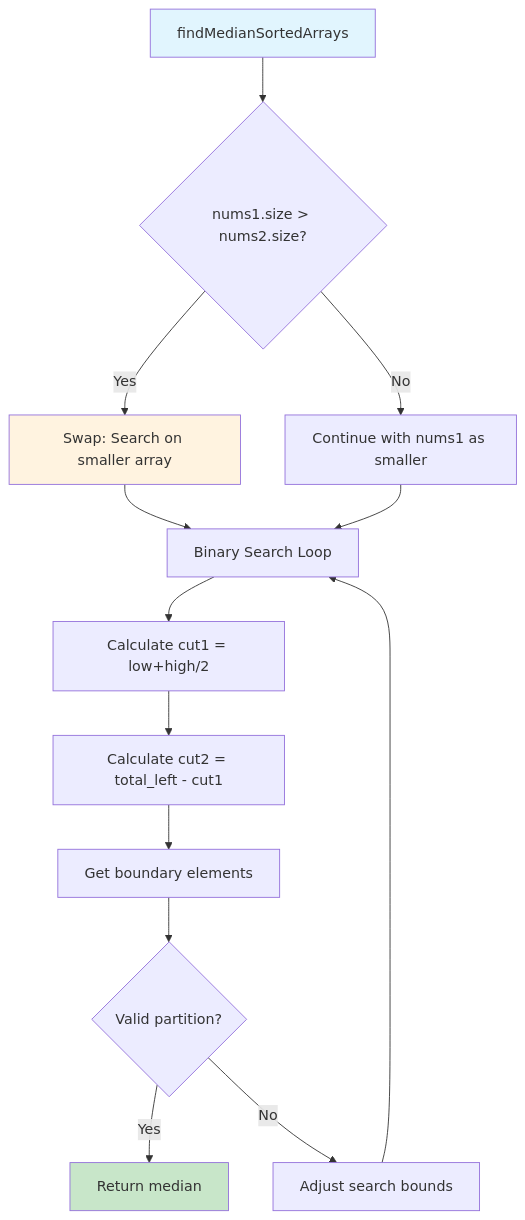
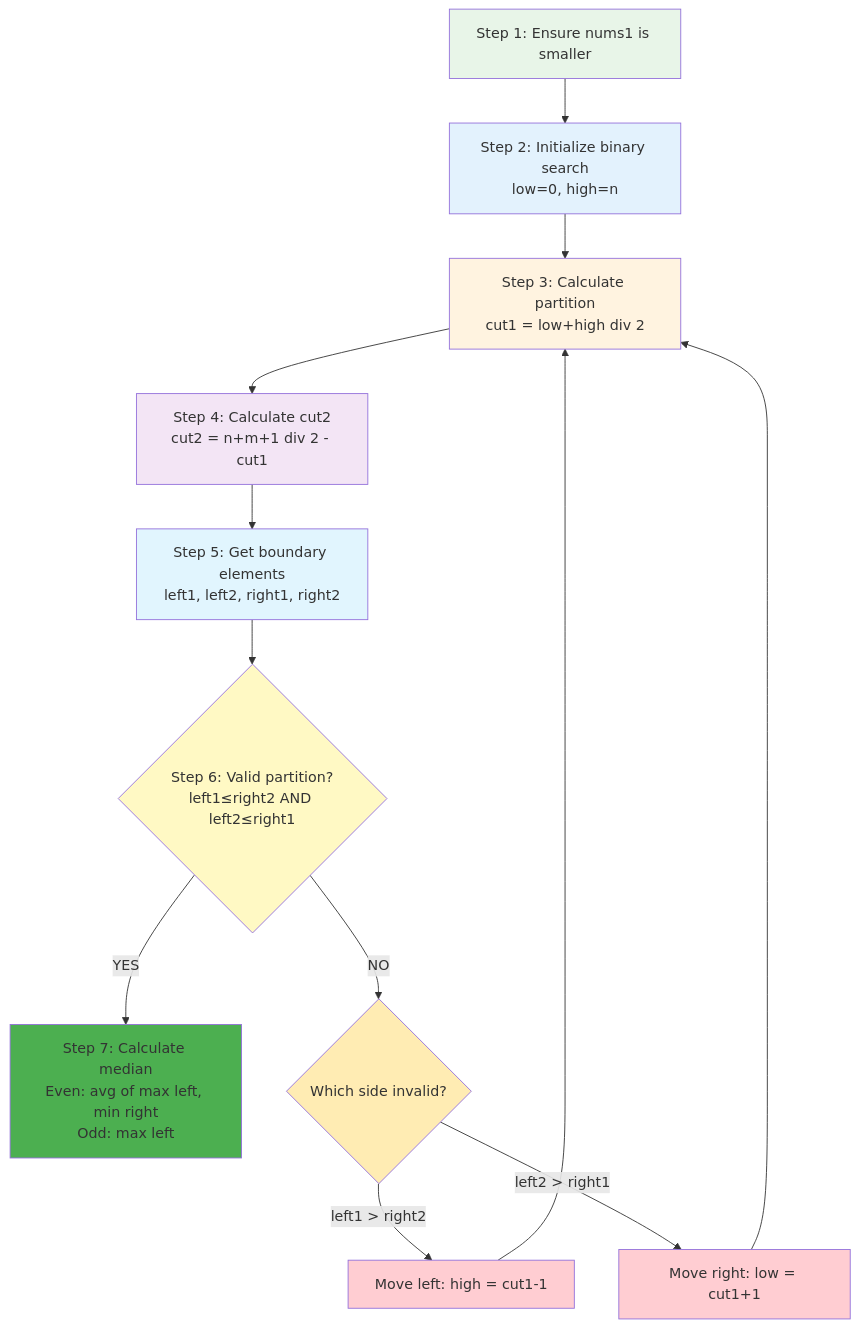
The eighth of 25 diagrams in Day_043/README.md (LuckyLongre123/DSA_CPP), drawn with Mermaid before and after one commit. The commit also changed other lines of this file and 10 other files, not shown here.

````diff
--- a/Day_043/README.md
+++ b/Day_043/README.md
@@ -218,21 +415,25 @@
 ```mermaid
-graph TD
-    A[findMedianSortedArrays] --> B{nums1.size > nums2.size?}
-    B -->|Yes| C[Swap: Search on smaller array]
-    B -->|No| D[Continue with nums1 as smaller]
+flowchart TD
+    A["Step 1: Ensure nums1 is smaller"] --> B["Step 2: Initialize binary search<br/>low=0, high=n"]
+    B --> C["Step 3: Calculate partition<br/>cut1 = low+high div 2"]
+    C --> D["Step 4: Calculate cut2<br/>cut2 = n+m+1 div 2 - cut1"]
+    D --> E["Step 5: Get boundary elements<br/>left1, left2, right1, right2"]
+    E --> F{"Step 6: Valid partition?<br/>left1≤right2 AND left2≤right1"}
+    F -->|YES| G["Step 7: Calculate median<br/>Even: avg of max left, min right<br/>Odd: max left"]
+    F -->|NO| H{"Which side invalid?"}
+    H -->|"left1 > right2"| I["Move left: high = cut1-1"]
+    H -->|"left2 > right1"| J["Move right: low = cut1+1"]
+    I --> C
+    J --> C
     
-    C --> E[Binary Search Loop]
-    D --> E
-    
-    E --> F[Calculate cut1 = low+high/2]
-    F --> G[Calculate cut2 = total_left - cut1]
-    G --> H[Get boundary elements]
-    H --> I{Valid partition?}
-    I -->|Yes| J[Return median]
-    I -->|No| K[Adjust search bounds]
-    K --> E
-    
-    style A fill:#e1f5fe
+    style A fill:#e8f5e8
+    style B fill:#e3f2fd
     style C fill:#fff3e0
-    style J fill:#c8e6c9
+    style D fill:#f3e5f5
+    style E fill:#e1f5fe
+    style F fill:#fff9c4
+    style G fill:#4caf50
+    style H fill:#ffecb3
+    style I fill:#ffcdd2
+    style J fill:#ffcdd2
 ```
````
